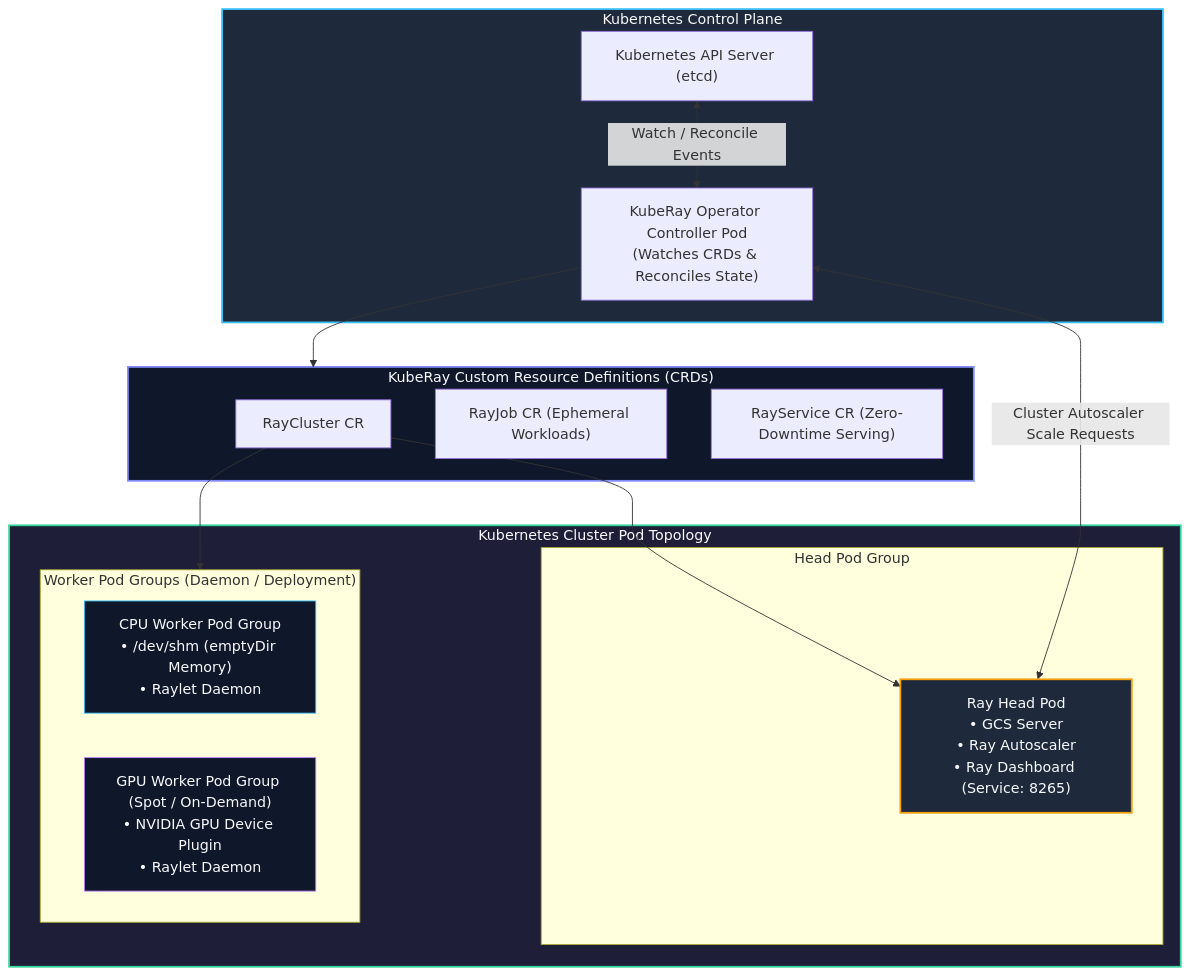
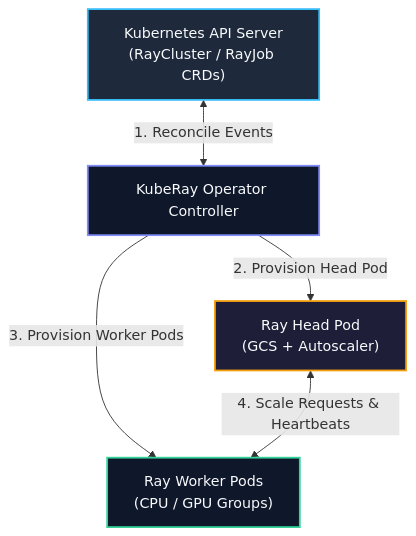
One commit to dnf0/raylings changed the diagram in docs/guides/14-kuberay.md. Above: the diagram before and after it, drawn with Mermaid. The commit also changed other lines of this file and 22 other files, not shown here.

Commit message:
docs: streamline mermaid diagrams and attach conceptual walkthroughs (#26)

````diff
--- a/docs/guides/14-kuberay.md
+++ b/docs/guides/14-kuberay.md
@@ -17,37 +17,12 @@
 ```mermaid
 flowchart TD
-    subgraph K8sControlPlane["Kubernetes Control Plane"]
-        APIServer["Kubernetes API Server (etcd)"]
-        Operator["KubeRay Operator Controller Pod<br/>(Watches CRDs & Reconciles State)"]
-        APIServer <-->|"Watch / Reconcile Events"| Operator
-    end
+    K8s["Kubernetes API Server<br/>(RayCluster / RayJob CRDs)"] <-->|"1. Reconcile Events"| Operator["KubeRay Operator Controller"]
+    Operator -->|"2. Provision Head Pod"| Head["Ray Head Pod<br/>(GCS + Autoscaler)"]
+    Operator -->|"3. Provision Worker Pods"| Workers["Ray Worker Pods<br/>(CPU / GPU Groups)"]
+    Head <-->|"4. Scale Requests & Heartbeats"| Workers
 
-    subgraph CustomResources["KubeRay Custom Resource Definitions (CRDs)"]
-        CR_Cluster["RayCluster CR"]
-        CR_Job["RayJob CR (Ephemeral Workloads)"]
-        CR_Service["RayService CR (Zero-Downtime Serving)"]
-    end
-
-    subgraph PodTopology["Kubernetes Cluster Pod Topology"]
-        subgraph HeadGroup["Head Pod Group"]
-            HeadPod["Ray Head Pod<br/>• GCS Server<br/>• Ray Autoscaler<br/>• Ray Dashboard (Service: 8265)"]
-        end
-
-        subgraph WorkerGroups["Worker Pod Groups (Daemon / Deployment)"]
-            CPU_Pods["CPU Worker Pod Group<br/>• /dev/shm (emptyDir Memory)<br/>• Raylet Daemon"]
-            GPU_Pods["GPU Worker Pod Group (Spot / On-Demand)<br/>• NVIDIA GPU Device Plugin<br/>• Raylet Daemon"]
-        end
-    end
-
-    Operator --> CustomResources
-    CR_Cluster --> HeadPod
-    CR_Cluster --> WorkerGroups
-    HeadPod <-->|"Cluster Autoscaler Scale Requests"| Operator
-
-    style K8sControlPlane fill:#1e293b,stroke:#38bdf8,stroke-width:2px,color:#f8fafc
-    style CustomResources fill:#0f172a,stroke:#818cf8,stroke-width:2px,color:#f8fafc
-    style PodTopology fill:#1e1e38,stroke:#34d399,stroke-width:2px,color:#f8fafc
-    style HeadPod fill:#1e293b,stroke:#f59e0b,stroke-width:2px,color:#f8fafc
-    style CPU_Pods fill:#0f172a,stroke:#38bdf8,stroke-width:1px,color:#f8fafc
-    style GPU_Pods fill:#0f172a,stroke:#c084fc,stroke-width:1px,color:#f8fafc
+    style K8s fill:#1e293b,stroke:#38bdf8,stroke-width:2px,color:#f8fafc
+    style Operator fill:#0f172a,stroke:#818cf8,stroke-width:2px,color:#f8fafc
+    style Head fill:#1e1e38,stroke:#f59e0b,stroke-width:2px,color:#f8fafc
+    style Workers fill:#0f172a,stroke:#34d399,stroke-width:2px,color:#f8fafc
 ```
````
